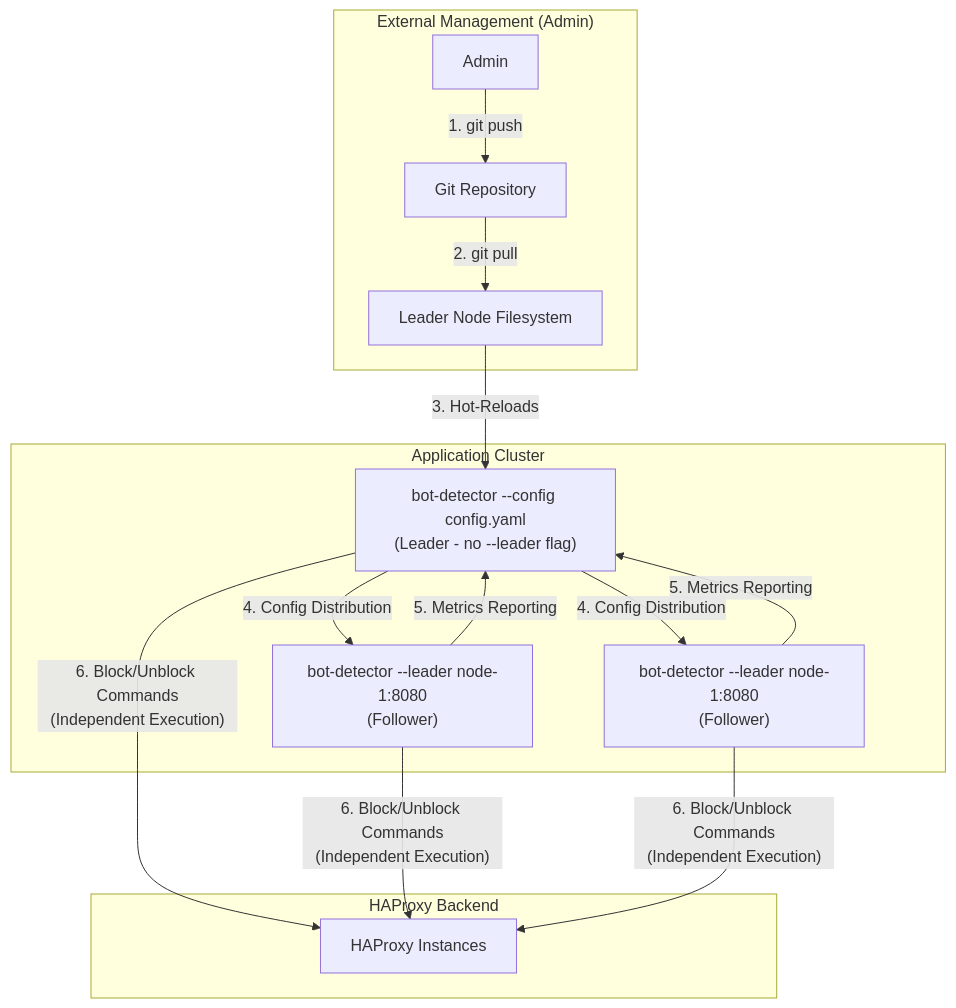
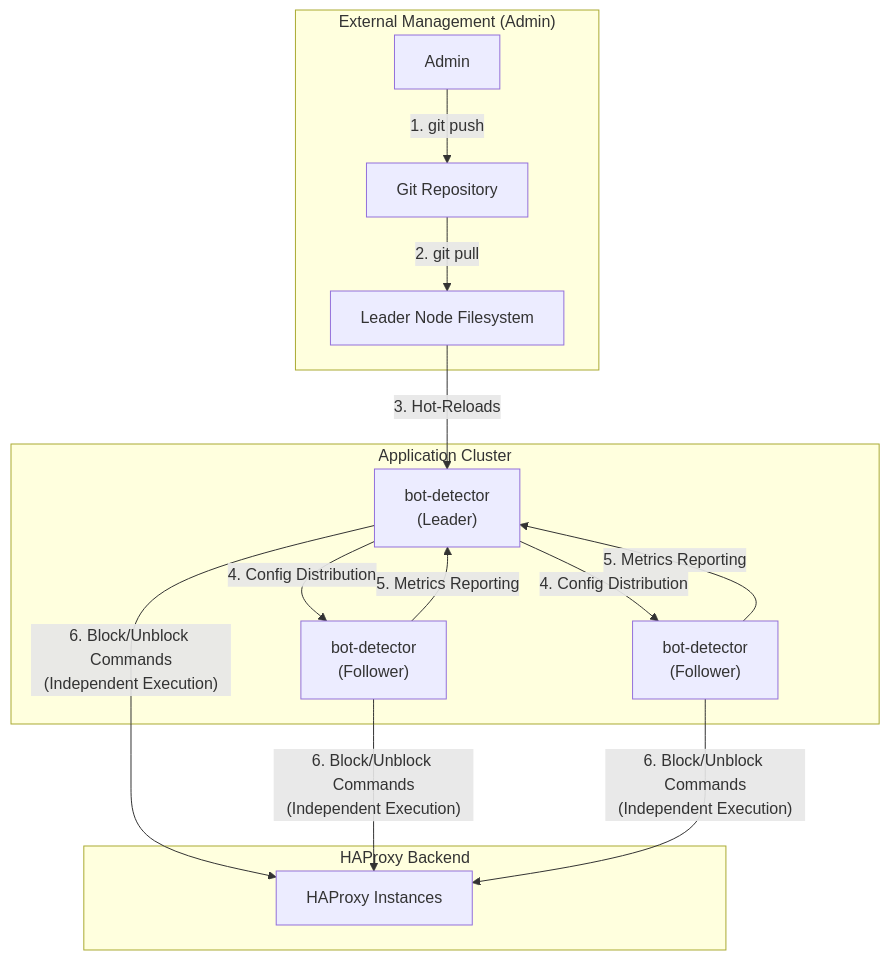
The first of 3 diagrams in docs/ClusterConfiguration.md (metabrainz/bot-detector), drawn with Mermaid before and after one commit. The commit also changed other lines of this file, not shown here.

Commit message:
Simplify bot-detector configuration descriptions

````diff
--- a/docs/ClusterConfiguration.md
+++ b/docs/ClusterConfiguration.md
@@ -37,24 +37,24 @@
 ```mermaid
 graph TD
     subgraph "External Management (Admin)"
         A["Git Repository"]
         B["Admin"]
         B -- "1. git push" --> A
         A -- "2. git pull" --> C["Leader Node Filesystem"]
     end
 
     subgraph "Application Cluster"
-        D["bot-detector --config config.yaml<br/>(Leader - no --leader flag)"]
-        E["bot-detector --leader node-1:8080<br/>(Follower)"]
-        F["bot-detector --leader node-1:8080<br/>(Follower)"]
+        D["bot-detector<br/>(Leader)"]
+        E["bot-detector<br/>(Follower)"]
+        F["bot-detector<br/>(Follower)"]
 
         C -- "3. Hot-Reloads" --> D
         D -- "4. Config Distribution" --> E & F
         E & F -- "5. Metrics Reporting" --> D
     end
 
     subgraph "HAProxy Backend"
         G["HAProxy Instances"]
         D & E & F -- "6. Block/Unblock Commands<br/>(Independent Execution)" --> G
     end
 ```
````
